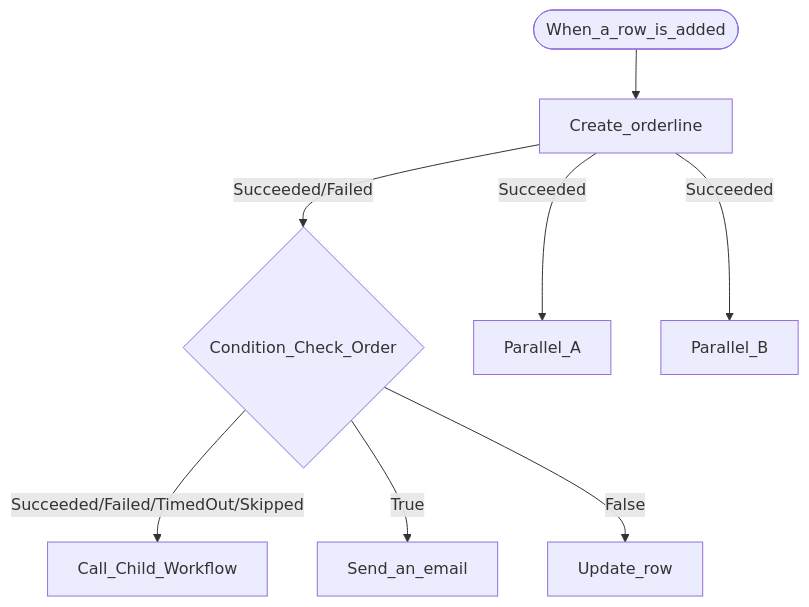
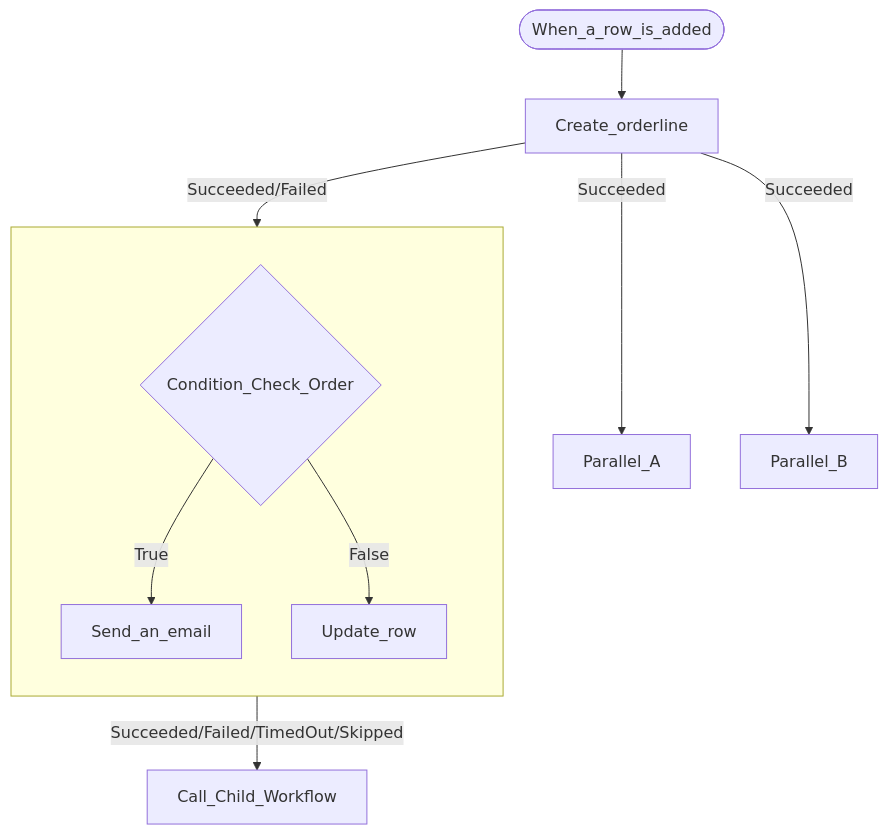
Before and after one commit to autosysops/PowerShell_PowerPlatformChecker: the diagram in tests/fixtures/expected/FlowChart.SampleFlow.expected.md, drawn with Mermaid. The commit also changed 92 other files, not shown here.

Commit message:
fixed flowchart generation and cleaned up code, also made exported graph for architecture diagrams better and made setting styles easiers

```diff
--- a/tests/fixtures/expected/FlowChart.SampleFlow.expected.md
+++ b/tests/fixtures/expected/FlowChart.SampleFlow.expected.md
@@ -1,18 +1,21 @@
 :::mermaid
 flowchart TB
 action0(["When_a_row_is_added"])
 action1["Call_Child_Workflow"]
+action5["Create_orderline"]
+action6["Parallel_A"]
+action7["Parallel_B"]
+subgraph action4_group[" "]
+direction TB
 action2["Send_an_email"]
 action3["Update_row"]
 action4{"Condition_Check_Order"}
-action5["Create_orderline"]
-action6["Parallel_A"]
-action7["Parallel_B"]
-action4 -- Succeeded/Failed/TimedOut/Skipped --> action1
+action4 -- False --> action3
 action4 -- True --> action2
-action4 -- False --> action3
-action5 -- Succeeded/Failed --> action4
+end
 action0 --> action5
+action4_group -- Succeeded/Failed/TimedOut/Skipped --> action1
 action5 -- Succeeded --> action6
 action5 -- Succeeded --> action7
+action5 -- Succeeded/Failed --> action4_group
 :::
```
